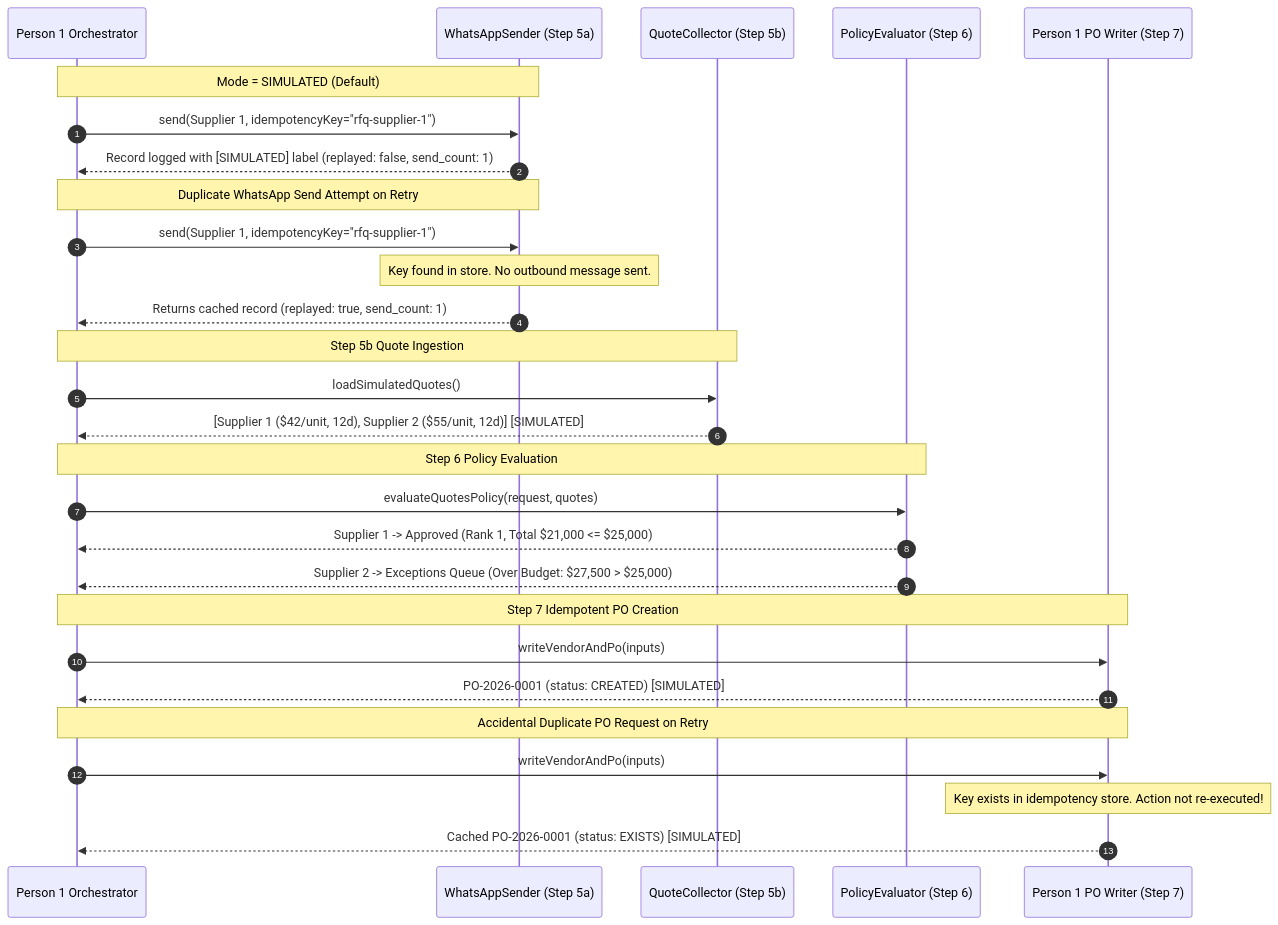
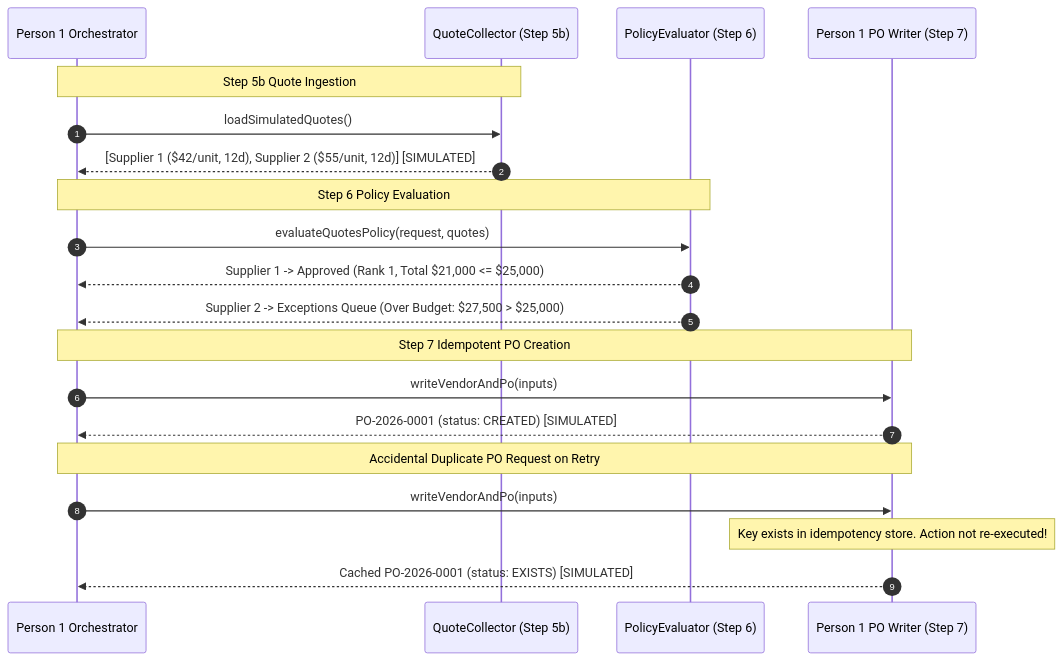
Before and after one commit to bratadeepsarkar123/crustdata-hackathon-2026: the second of 2 diagrams in docs/workflow_diagram.md, drawn with Mermaid. The commit also changed other lines of this file and 10 other files, not shown here.

Commit message:
chore: remove WhatsApp per owner decision (dropped for demo)

````diff
--- a/docs/workflow_diagram.md
+++ b/docs/workflow_diagram.md
@@ -51,36 +44,26 @@
 ```mermaid
 sequenceDiagram
     autonumber
     participant Orch as Person 1 Orchestrator
-    participant WA as WhatsAppSender (Step 5a)
     participant QC as QuoteCollector (Step 5b)
     participant PE as PolicyEvaluator (Step 6)
     participant PO as Person 1 PO Writer (Step 7)
-
-    Note over Orch, WA: Mode = SIMULATED (Default)
-    Orch->>WA: send(Supplier 1, idempotencyKey="rfq-supplier-1")
-    WA-->>Orch: Record logged with [SIMULATED] label (replayed: false, send_count: 1)
-
-    Note over Orch, WA: Duplicate WhatsApp Send Attempt on Retry
-    Orch->>WA: send(Supplier 1, idempotencyKey="rfq-supplier-1")
-    Note over WA: Key found in store. No outbound message sent.
-    WA-->>Orch: Returns cached record (replayed: true, send_count: 1)
 
     Note over Orch, QC: Step 5b Quote Ingestion
     Orch->>QC: loadSimulatedQuotes()
     QC-->>Orch: [Supplier 1 ($42/unit, 12d), Supplier 2 ($55/unit, 12d)] [SIMULATED]
 
     Note over Orch, PE: Step 6 Policy Evaluation
     Orch->>PE: evaluateQuotesPolicy(request, quotes)
     PE-->>Orch: Supplier 1 -> Approved (Rank 1, Total $21,000 <= $25,000)
     PE-->>Orch: Supplier 2 -> Exceptions Queue (Over Budget: $27,500 > $25,000)
 
     Note over Orch, PO: Step 7 Idempotent PO Creation
     Orch->>PO: writeVendorAndPo(inputs)
     PO-->>Orch: PO-2026-0001 (status: CREATED) [SIMULATED]
 
     Note over Orch, PO: Accidental Duplicate PO Request on Retry
     Orch->>PO: writeVendorAndPo(inputs)
     Note over PO: Key exists in idempotency store. Action not re-executed!
     PO-->>Orch: Cached PO-2026-0001 (status: EXISTS) [SIMULATED]
 ```
````
